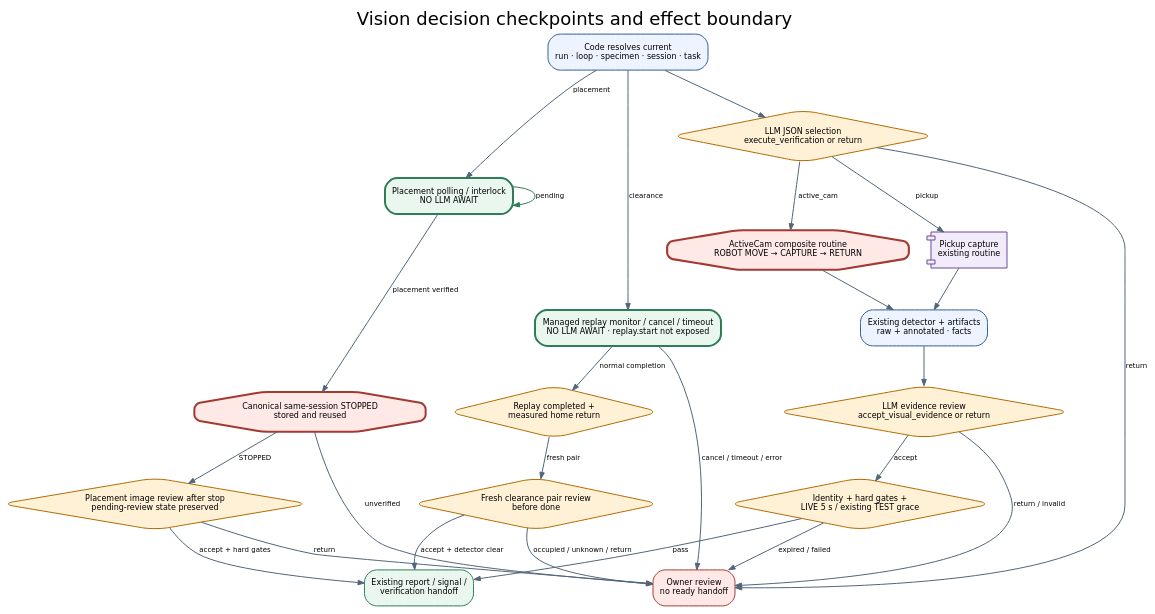
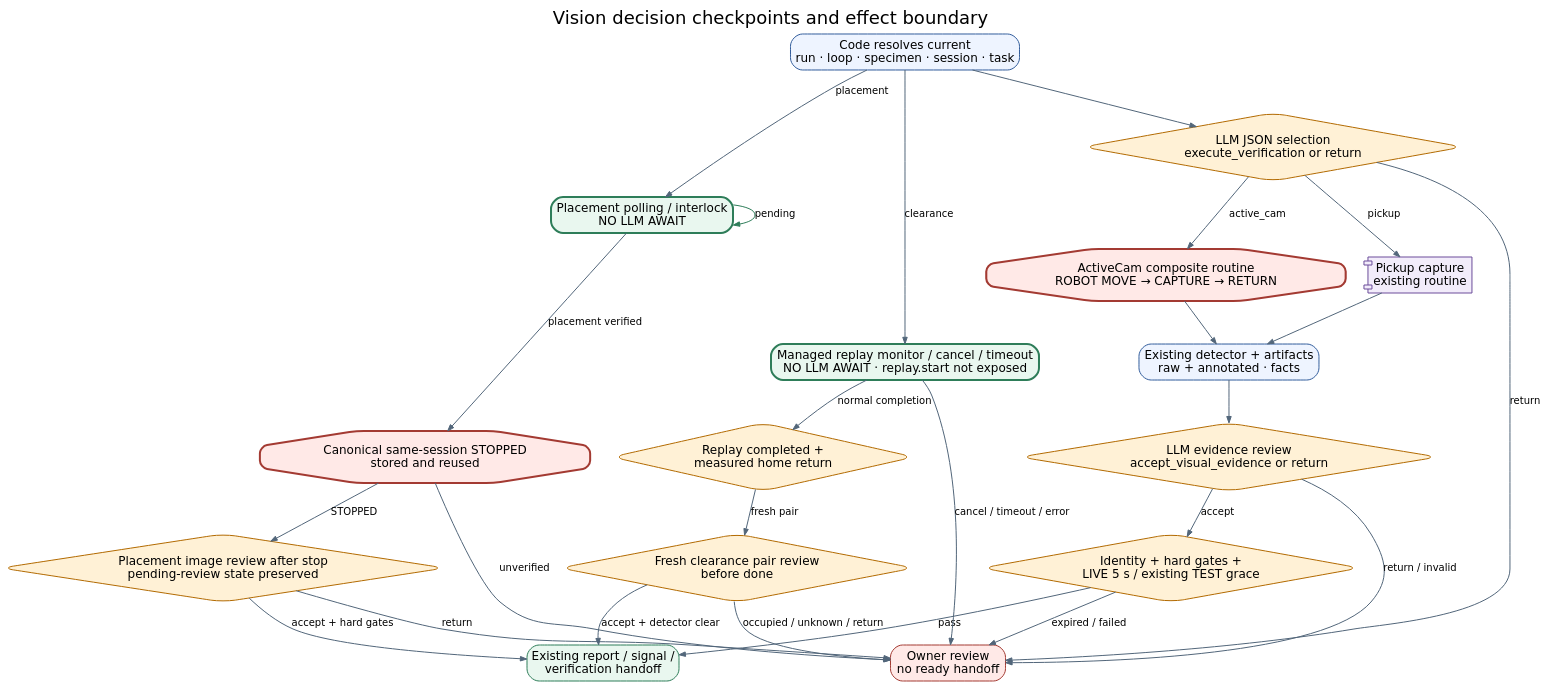
Before and after one commit to JIN9811/autonomous_researcher: the diagram in docs/agents/assets/figures/vision_02_execution_effect_boundary.dot, drawn with Graphviz. The commit also changed 5 other files, not shown here.

Commit message:
docs(vision): enlarge SVG figure typography

```diff
--- a/docs/agents/assets/figures/vision_02_execution_effect_boundary.dot
+++ b/docs/agents/assets/figures/vision_02_execution_effect_boundary.dot
@@ -1,51 +1,51 @@
 digraph vision_execution_effect_boundary {
   graph [rankdir=TB, bgcolor="transparent", pad="0.25", nodesep="0.30", ranksep="0.43", fontname="DejaVu Sans", label="Vision decision checkpoints and effect boundary", labelloc="t", fontsize=18];
-  node [shape=box, style="rounded,filled", fillcolor="#EEF4FF", color="#315C9B", fontname="DejaVu Sans", fontsize=8.0, margin="0.09,0.06"];
-  edge [color="#52667A", fontname="DejaVu Sans", fontsize=7.0, arrowsize=0.64];
+  node [shape=box, style="rounded,filled", fillcolor="#EEF4FF", color="#315C9B", fontname="DejaVu Sans", fontsize=12, margin="0.09,0.06"];
+  edge [color="#52667A", fontname="DejaVu Sans", fontsize=10, arrowsize=0.64];
 
   scope [label="Code resolves current\nrun · loop · specimen · session · task"];
   select [label="LLM JSON selection\nexecute_verification or return", shape=diamond, fillcolor="#FFF1D6", color="#B26A00"];
   owner [label="Owner review\nno ready handoff", fillcolor="#FFE9E7", color="#A33A32"];
 
   pickup [label="Pickup capture\nexisting routine", shape=component, fillcolor="#F2ECFA", color="#6B4C9A"];
   activecam [label="ActiveCam composite routine\nROBOT MOVE → CAPTURE → RETURN", shape=octagon, fillcolor="#FFE9E7", color="#A33A32", penwidth=2.1];
   detector [label="Existing detector + artifacts\nraw + annotated · facts"];
   review [label="LLM evidence review\naccept_visual_evidence or return", shape=diamond, fillcolor="#FFF1D6", color="#B26A00"];
   fresh [label="Identity + hard gates +\nLIVE 5 s / existing TEST grace", shape=diamond, fillcolor="#FFF1D6", color="#B26A00"];
 
   polling [label="Placement polling / interlock\nNO LLM AWAIT", style="rounded,filled,bold", fillcolor="#E9F7EF", color="#2E7D59"];
   stop [label="Canonical same-session STOPPED\nstored and reused", shape=octagon, fillcolor="#FFE9E7", color="#A33A32", penwidth=2];
   placement_review [label="Placement image review after stop\npending-review state preserved", shape=diamond, fillcolor="#FFF1D6", color="#B26A00"];
 
   replay [label="Managed replay monitor / cancel / timeout\nNO LLM AWAIT · replay.start not exposed", style="rounded,filled,bold", fillcolor="#E9F7EF", color="#2E7D59"];
   home [label="Replay completed +\nmeasured home return", shape=diamond, fillcolor="#FFF1D6", color="#B26A00"];
   clearance_review [label="Fresh clearance pair review\nbefore done", shape=diamond, fillcolor="#FFF1D6", color="#B26A00"];
   done [label="Existing report / signal /\nverification handoff", fillcolor="#E9F7EF", color="#2E7D59"];
 
   scope -> select;
   select -> owner [label="return"];
   select -> pickup [label="pickup"];
   select -> activecam [label="active_cam"];
   pickup -> detector;
   activecam -> detector;
   detector -> review;
   review -> fresh [label="accept"];
   review -> owner [label="return / invalid"];
   fresh -> done [label="pass"];
   fresh -> owner [label="expired / failed"];
 
   scope -> polling [label="placement"];
   polling -> polling [label="pending", color="#2E7D59"];
   polling -> stop [label="placement verified"];
   stop -> placement_review [label="STOPPED"];
   stop -> owner [label="unverified"];
   placement_review -> done [label="accept + hard gates"];
   placement_review -> owner [label="return"];
 
   scope -> replay [label="clearance"];
   replay -> home [label="normal completion"];
   replay -> owner [label="cancel / timeout / error"];
   home -> clearance_review [label="fresh pair"];
   clearance_review -> done [label="accept + detector clear"];
   clearance_review -> owner [label="occupied / unknown / return"];
 }
```
